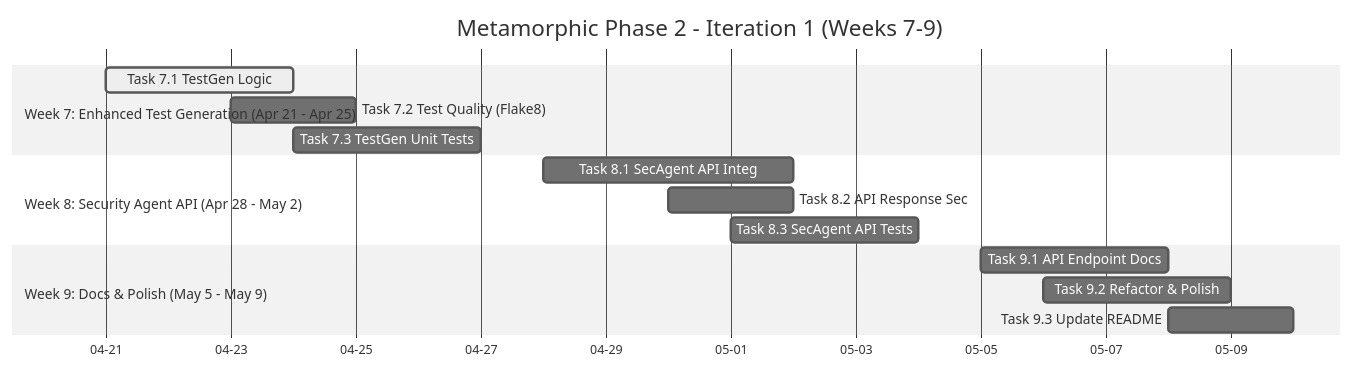
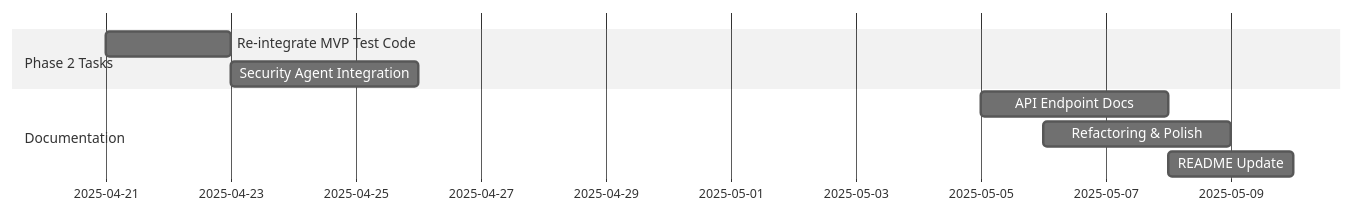
The diagram in ROADMAP.md (tomwolfe/metamorphic-core), drawn with Mermaid (neutral theme) before and after one commit. The commit also changed other lines of this file, not shown here.

````diff
--- a/ROADMAP.md
+++ b/ROADMAP.md
@@ -101,22 +83,11 @@
 ```mermaid
 gantt
-    title Metamorphic Phase 2 - Iteration 1 (Weeks 7-9)
-    dateFormat  YYYY-MM-DD
-    axisFormat %m-%d
-    todayMarker stroke-width:3px,stroke:#FF0000
+    section Phase 2 Tasks
+    Re-integrate MVP Test Code :2025-04-21, 2d
+    Security Agent Integration :2025-04-23, 3d
 
-    section Week 7: Enhanced Test Generation (Apr 21 - Apr 25)
-    Task 7.1 TestGen Logic        :active, 2025-04-21, 3d
-    Task 7.2 Test Quality (Flake8):         2025-04-23, 2d
-    Task 7.3 TestGen Unit Tests   :         2025-04-24, 3d
-
-    section Week 8: Security Agent API (Apr 28 - May 2)
-    Task 8.1 SecAgent API Integ   :         2025-04-28, 4d
-    Task 8.2 API Response Sec     :         2025-04-30, 2d
-    Task 8.3 SecAgent API Tests   :         2025-05-01, 3d
-
-    section Week 9: Docs & Polish (May 5 - May 9)
-    Task 9.1 API Endpoint Docs     :         2025-05-05, 3d
-    Task 9.2 Refactor & Polish     :         2025-05-06, 3d
-    Task 9.3 Update README         :         2025-05-08, 2d
+    section Documentation
+    API Endpoint Docs          :2025-05-05, 3d
+    Refactoring & Polish       :2025-05-06, 3d
+    README Update              :2025-05-08, 2d
 ```
````
